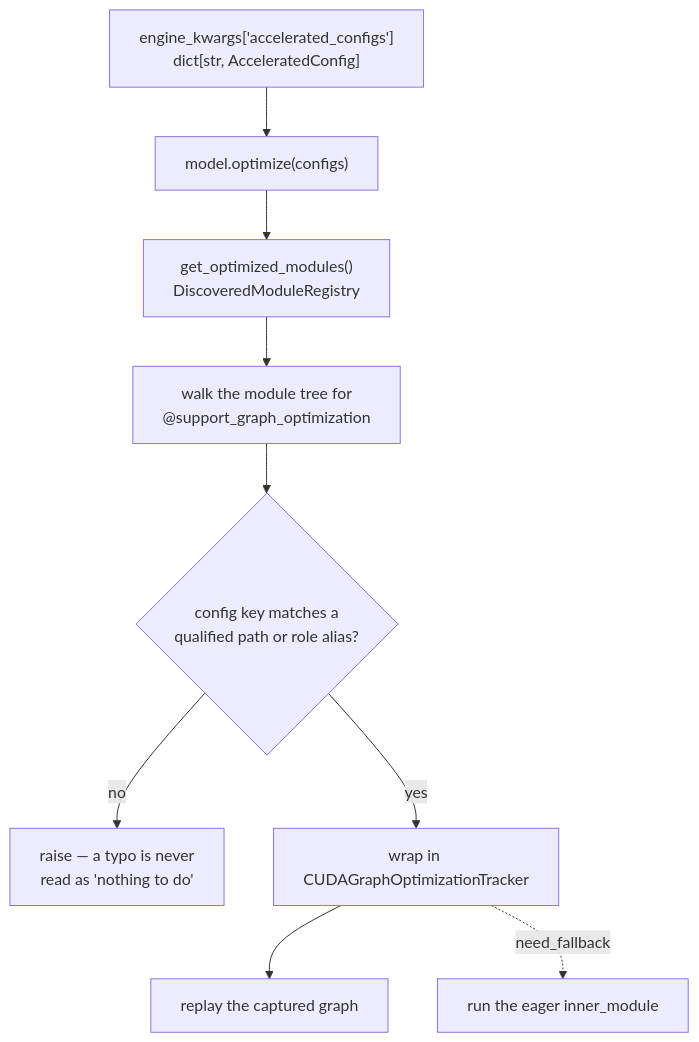
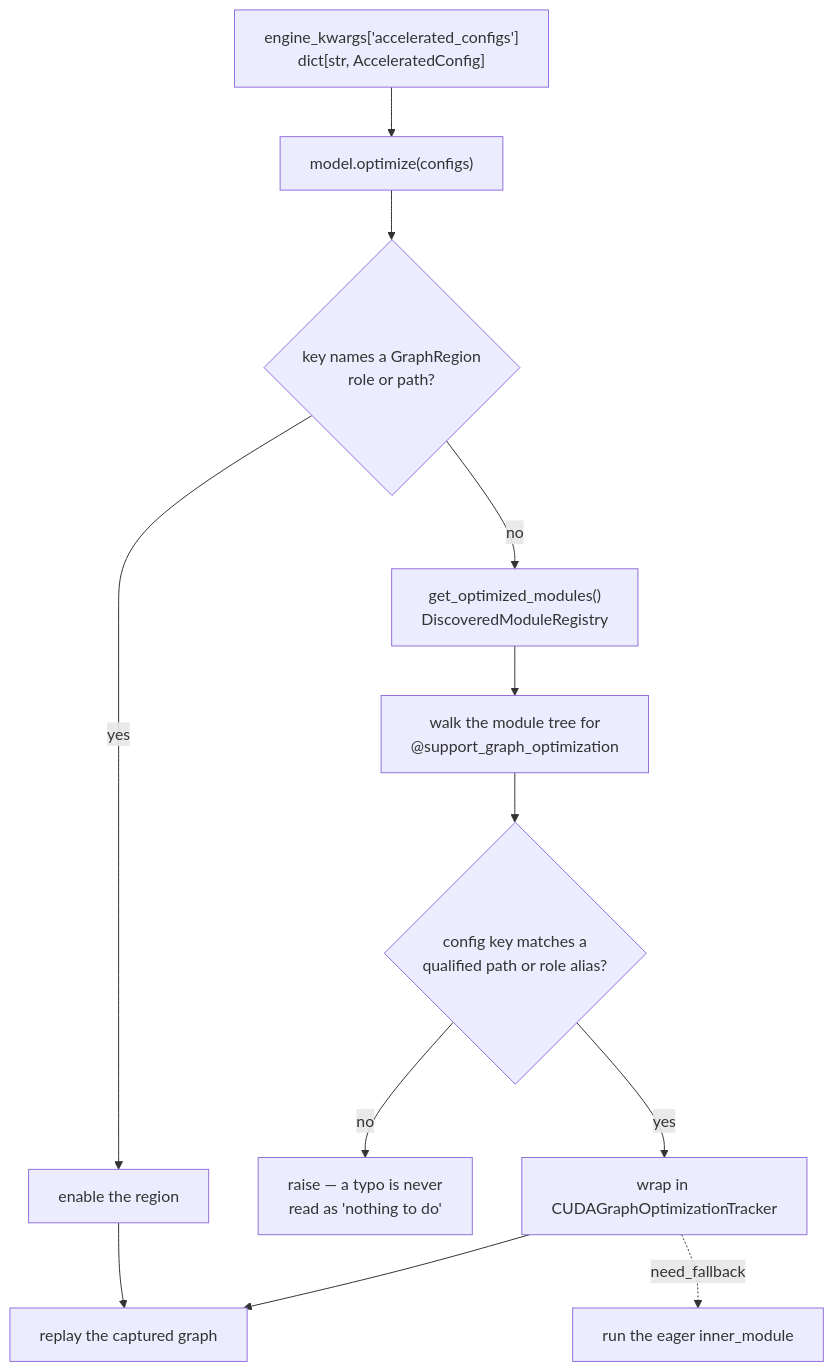
One commit to NVIDIA-BioNeMo/BioNeMo-Inference-Runtime changed the third of 3 diagrams in docs/ref/architecture.md. Above: the diagram before and after it, drawn with Mermaid. The commit also changed other lines of this file and 70 other files, not shown here.

````diff
--- a/docs/ref/architecture.md
+++ b/docs/ref/architecture.md
@@ -314,12 +318,15 @@
 ```mermaid
 flowchart TB
     CFG["engine_kwargs['accelerated_configs']<br/>dict[str, AcceleratedConfig]"]
     CFG --> OPT["model.optimize(configs)"]
-    OPT --> REG["get_optimized_modules()<br/>DiscoveredModuleRegistry"]
+    OPT --> ROLE{"key names a GraphRegion<br/>role or path?"}
+    ROLE -->|yes| ENABLE["enable the region"]
+    ROLE -->|no| REG["get_optimized_modules()<br/>DiscoveredModuleRegistry"]
     REG --> WALK["walk the module tree for<br/>@support_graph_optimization"]
     WALK --> MATCH{"config key matches a<br/>qualified path or role alias?"}
     MATCH -->|no| ERR["raise — a typo is never<br/>read as 'nothing to do'"]
     MATCH -->|yes| WRAP["wrap in CUDAGraphOptimizationTracker"]
-    WRAP --> RUN["replay the captured graph"]
+    ENABLE --> RUN["replay the captured graph"]
+    WRAP --> RUN
     WRAP -.->|"need_fallback"| EAGER["run the eager inner_module"]
 ```
````
